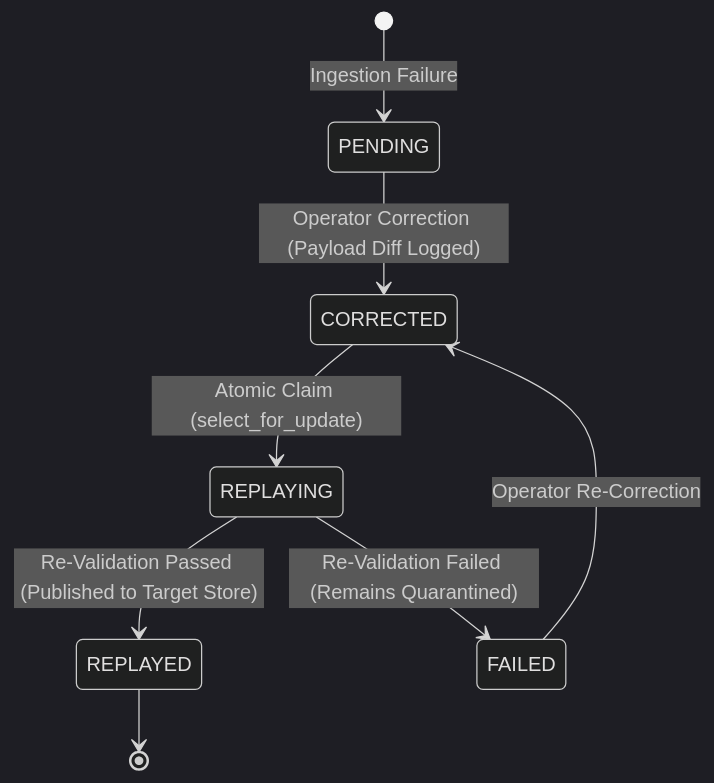
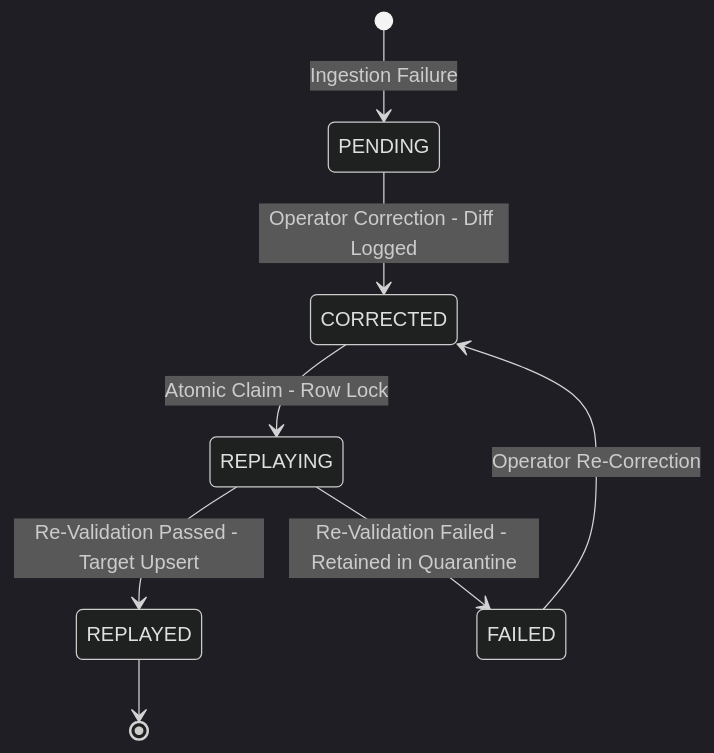
The second of 2 diagrams in README.md (hamid-razak-khan/data-quality-recovery-pipeline), drawn with Mermaid (dark theme) before and after one commit. The commit also changed other lines of this file and 2 other files, not shown here.

Commit message:
Fix Mermaid diagram and KaTeX math syntax for GitHub rendering

````diff
--- a/README.md
+++ b/README.md
@@ -388,10 +388,10 @@
 ```mermaid
 stateDiagram-v2
     [*] --> PENDING: Ingestion Failure
-    PENDING --> CORRECTED: Operator Correction (Payload Diff Logged)
-    CORRECTED --> REPLAYING: Atomic Claim (select_for_update)
-    REPLAYING --> REPLAYED: Re-Validation Passed (Published to Target Store)
-    REPLAYING --> FAILED: Re-Validation Failed (Remains Quarantined)
+    PENDING --> CORRECTED: Operator Correction - Diff Logged
+    CORRECTED --> REPLAYING: Atomic Claim - Row Lock
+    REPLAYING --> REPLAYED: Re-Validation Passed - Target Upsert
+    REPLAYING --> FAILED: Re-Validation Failed - Retained in Quarantine
     FAILED --> CORRECTED: Operator Re-Correction
     REPLAYED --> [*]
 ```
````
